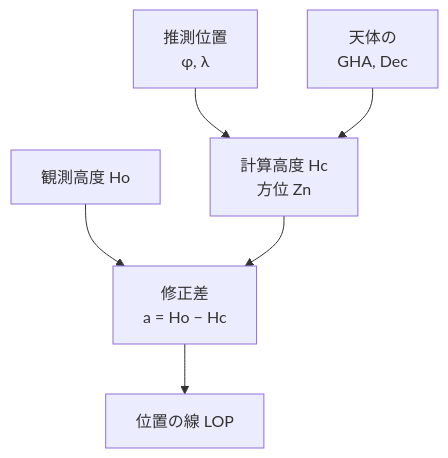
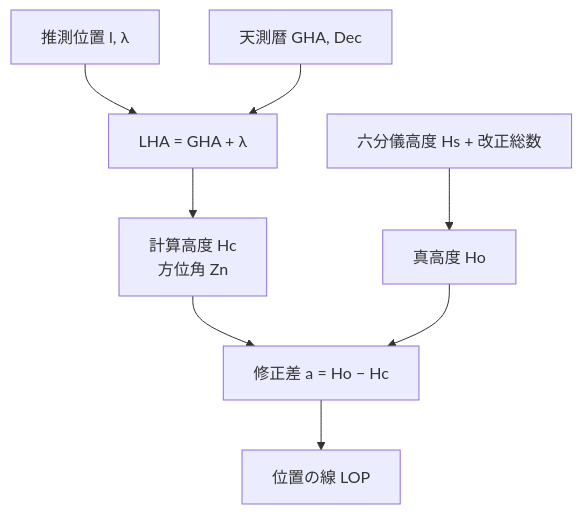
One commit to serkenn/Navigation-calculations changed the fourth of 6 diagrams in docs/celestial.md. Above: the diagram before and after it, drawn with Mermaid. The commit also changed other lines of this file and 6 other files, not shown here.

````diff
--- a/docs/celestial.md
+++ b/docs/celestial.md
@@ -103,8 +144,10 @@
 ```mermaid
 flowchart TD
-    A[推測位置<br>φ, λ] --> B["計算高度 Hc<br>方位 Zn"]
-    C[天体の<br>GHA, Dec] --> B
-    D[観測高度 Ho] --> E["修正差<br>a = Ho − Hc"]
-    B --> E
-    E --> F["位置の線 LOP"]
+    A["推測位置 l, λ"] --> B["LHA = GHA + λ"]
+    C["天測暦 GHA, Dec"] --> B
+    B --> D["計算高度 Hc<br>方位角 Zn"]
+    E["六分儀高度 Hs + 改正総数"] --> F["真高度 Ho"]
+    D --> G["修正差 a = Ho − Hc"]
+    F --> G
+    G --> H["位置の線 LOP"]
 ```
````
